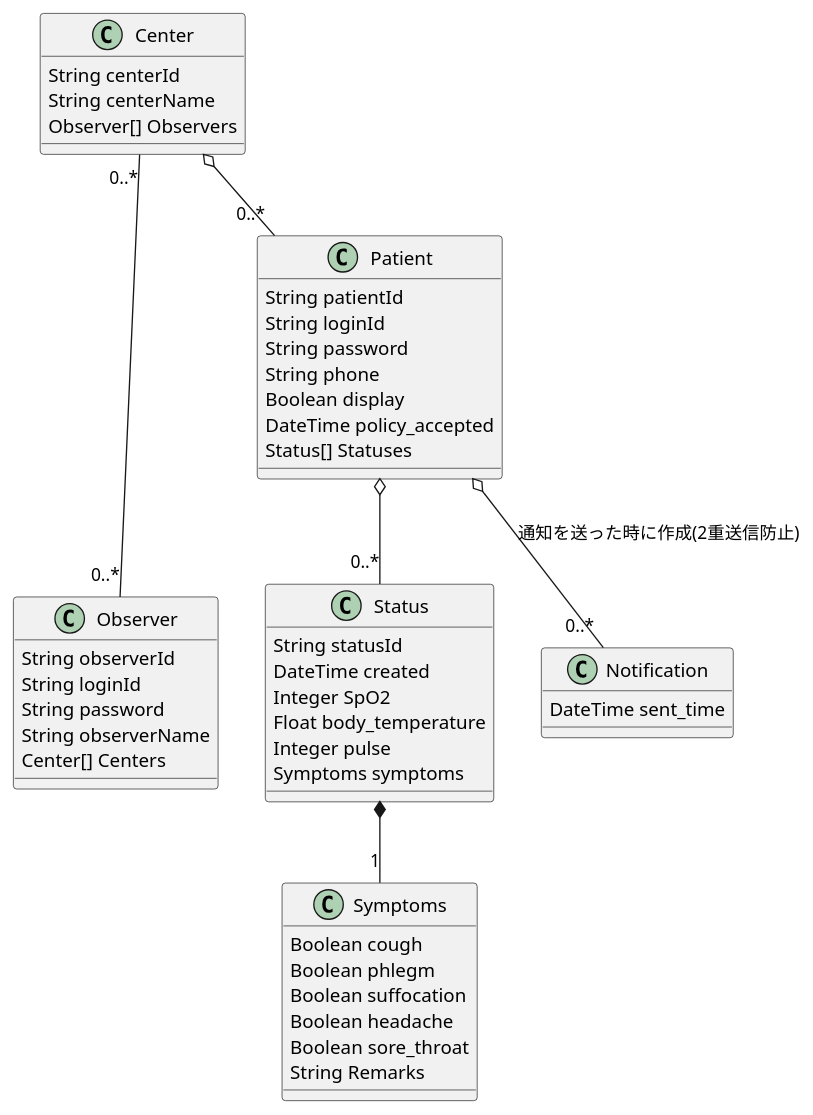
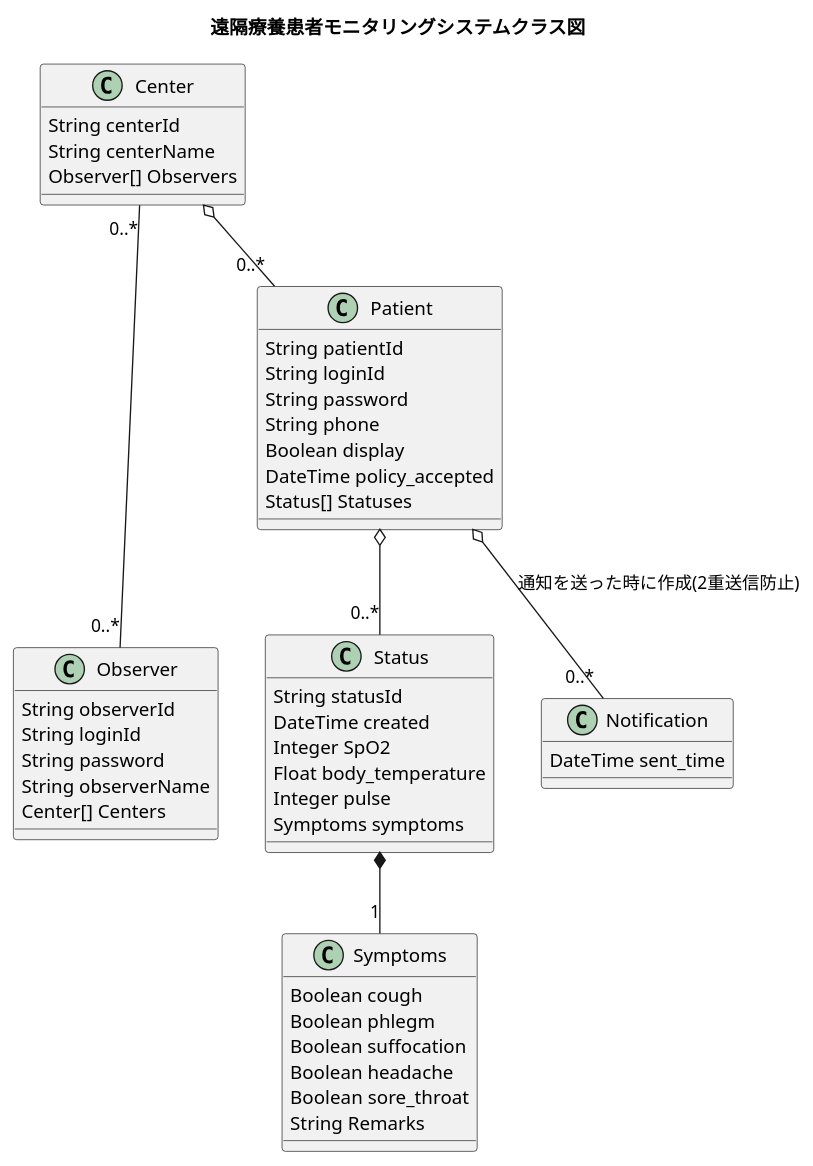
One commit to codeforjapan/remote-patient-monitoring-api changed the diagram in docs/uml/classes.pu. Above: the diagram before and after it, drawn with PlantUML. The commit also changed 1 other file, not shown here.

Commit message:
add class diagram

```diff
--- a/docs/uml/classes.pu
+++ b/docs/uml/classes.pu
@@ -1,53 +1,55 @@
-@startuml
+@startuml RemotePatientMonitoring
+title 遠隔療養患者モニタリングシステムクラス図
+
 Center "0..*" --- "0..*" Observer
 Center o-- "0..*" Patient
 Patient o-- "0..*" Status
 Status *-- "1" Symptoms
 Patient o-- "0..*" Notification :通知を送った時に作成(2重送信防止)
 
 class Center {
     String centerId
     String centerName
     Observer[] Observers
 }
 
 class Observer {
     String observerId
     String loginId
     String password
     String observerName
     Center[] Centers
 }
 
 class Patient {
     String patientId
     String loginId
     String password
     String phone
     Boolean display
     DateTime policy_accepted
     Status[] Statuses
 }
 
 class Status {
     String statusId
     DateTime created
     Integer SpO2
     Float body_temperature
     Integer pulse
     Symptoms symptoms
 }
 
 class Symptoms {
     Boolean cough
     Boolean phlegm
     Boolean suffocation
     Boolean headache
     Boolean sore_throat
     String Remarks
 }
 
 class Notification {
     DateTime sent_time
 }
 @enduml
```
